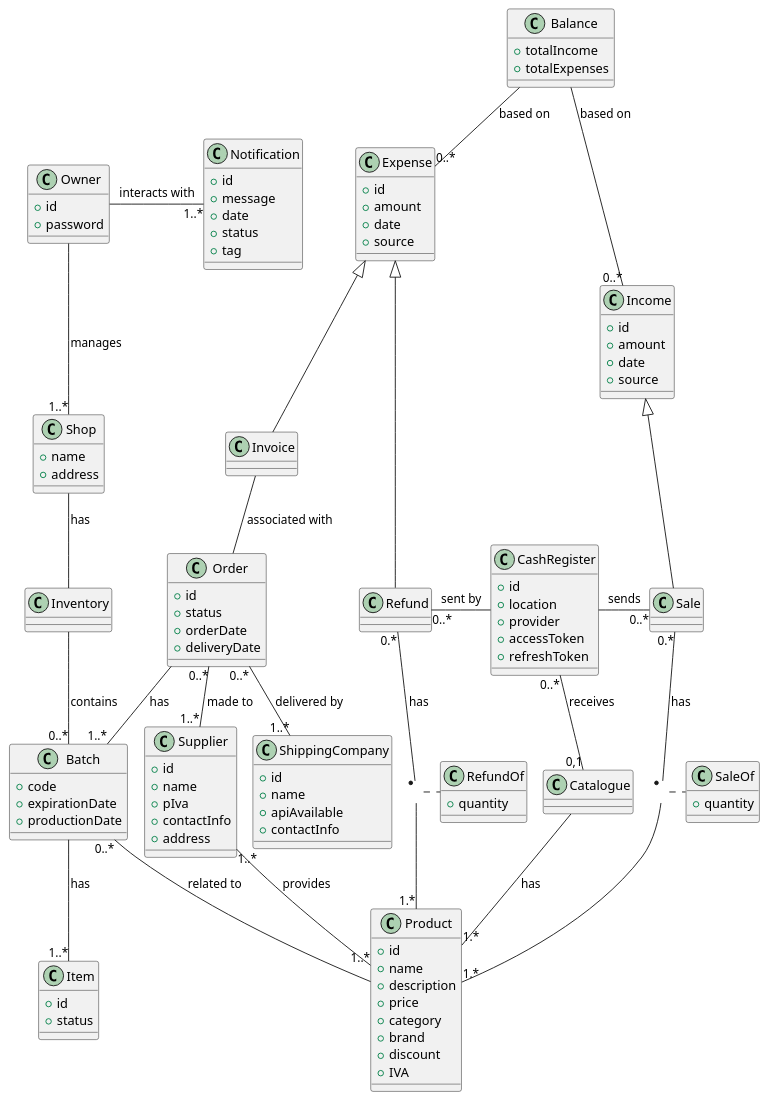
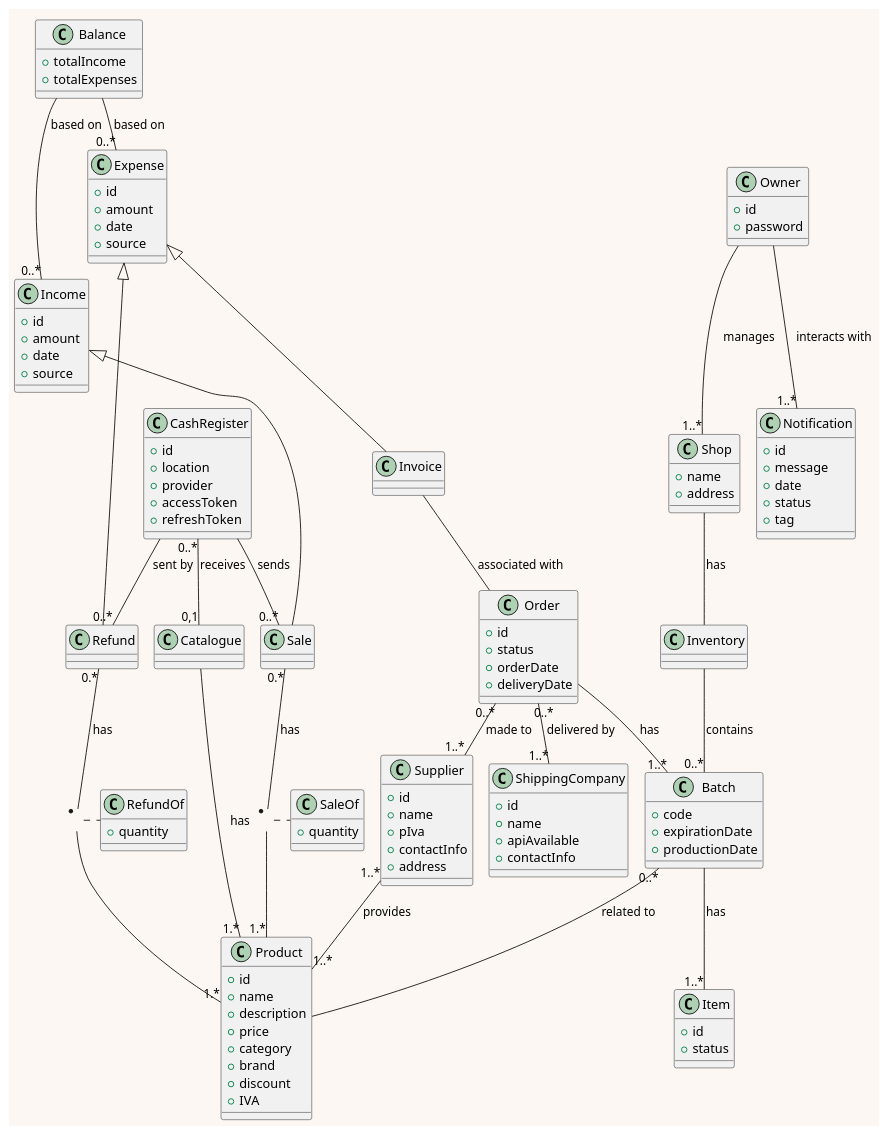
One commit to Giuseppeclv008/Project changed the second of 3 diagrams in Requirements.md. Above: the diagram before and after it, drawn with PlantUML. The commit also changed other lines of this file and 4 other files, not shown here.

Commit message:
feat: added deploymentDiagram

````diff
--- a/Requirements.md
+++ b/Requirements.md
@@ -549,6 +558,6 @@
-```plantuml
-@startuml
+@startuml glossaryDiagram
 !pragma layout smetana
+skinparam backgroundColor #fcf7f2
 
 class Shop {
     + name
@@ -682,9 +691,9 @@
 
 Invoice --  Order:> associated with
 
-CashRegister  -l- "0..*" Refund: > sent by
-CashRegister  -r- "0..*" Sale: > sends
-CashRegister "0..*" -d- "0,1" Catalogue: > receives
+CashRegister  -- "0..*" Refund: > sent by
+CashRegister  -- "0..*" Sale: > sends
+CashRegister "0..*" -- "0,1" Catalogue: > receives
 
 Inventory  -- "0..*" Batch: > contains
 
@@ -694,10 +703,12 @@
 
 
 Owner  -- "1..*" Shop:> manages
-Owner  -r- "1..*" Notification:> interacts with
+Owner  -- "1..*" Notification:> interacts with
 
 Shop -- Inventory : > has
 
+Refund .r[hidden]. Catalogue
+Catalogue .r[hidden]. Sale
+
 
 @enduml
-```
````
